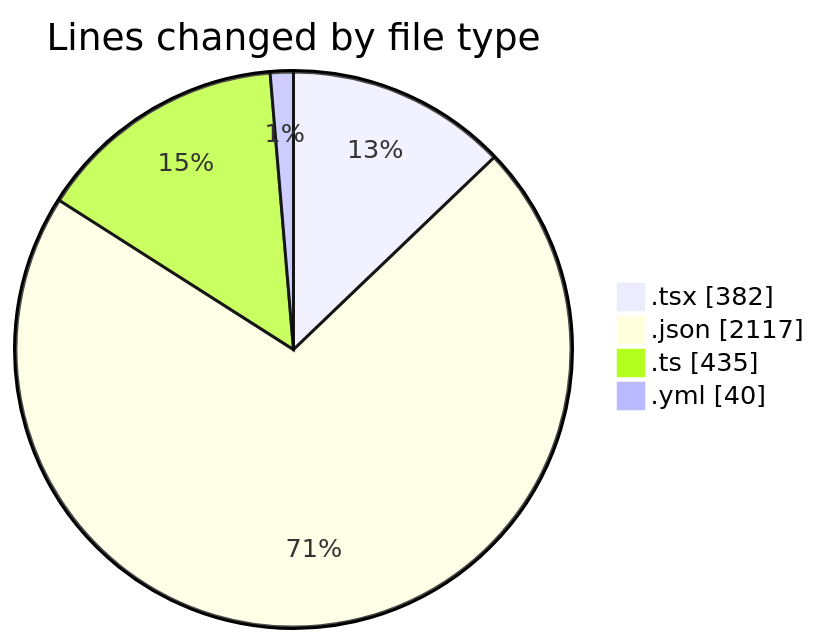
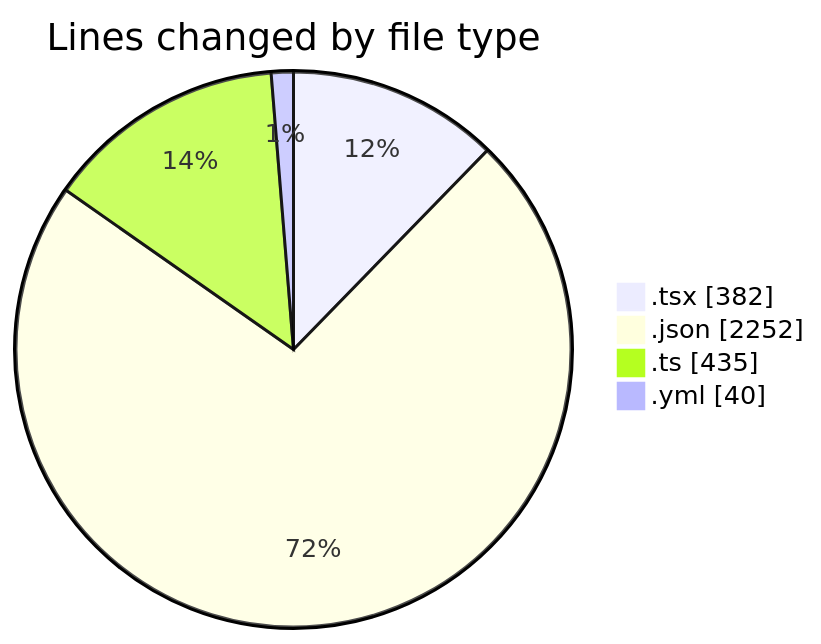
The first of 2 diagrams in 2025-11-28/eventscop-frontend-guide__workspace_/README.md (julien-gomy/code-tracking), drawn with Mermaid before and after one commit. The commit also changed other lines of this file and 1 other file, not shown here.

````diff
--- a/2025-11-28/eventscop-frontend-guide__workspace_/README.md
+++ b/2025-11-28/eventscop-frontend-guide__workspace_/README.md
@@ -28,8 +28,8 @@
 ```mermaid
 pie showData
 title Lines changed by file type
 ".tsx" : 382
-".json" : 2117
+".json" : 2252
 ".ts" : 435
 ".yml" : 40
 ```
````
